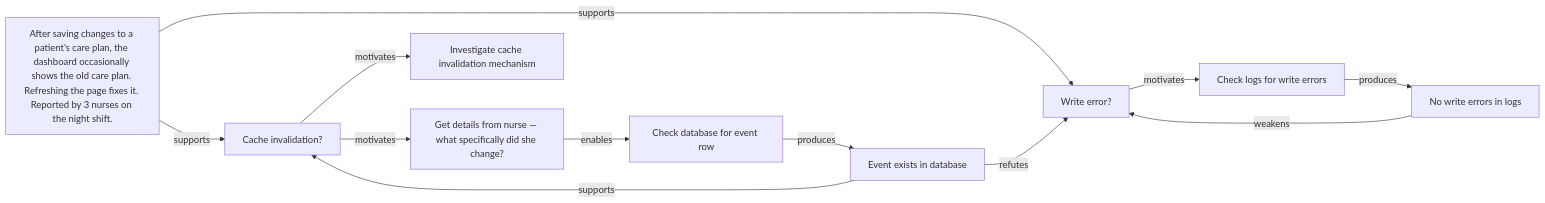
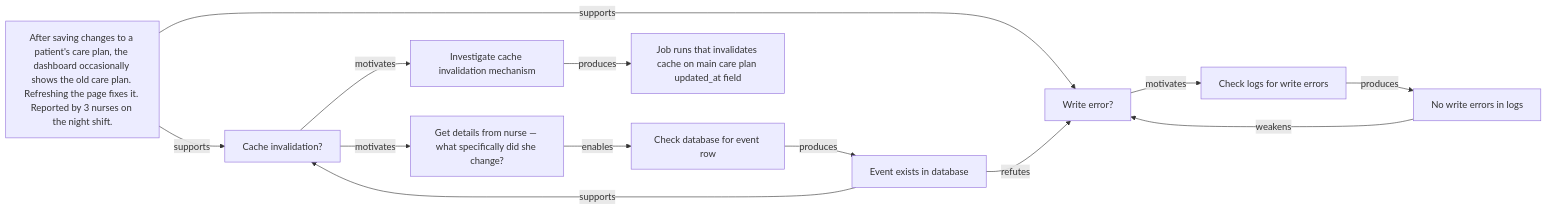
One commit to kahunacohen/why changed the diagram in diagrams/bug.mmd. Above: the diagram before and after it, drawn with Mermaid.

Commit message:
Add cache invalidation investigation and job details

```diff
--- a/diagrams/bug.mmd
+++ b/diagrams/bug.mmd
@@ -1,55 +1,57 @@
 %% Bug report: After saving changes to a patient's care plan, the dashboard occasionally shows the old care plan. Refreshing the page fixes it. Reported by 3 nurses on the night shift.
 %% Root cause: The care plan save endpoint updates a care_plan_notes table but doesn't touch the main care_plans record. The cache invalidation job checks care_plans.updated_at to decide what to evict. Since that timestamp never changes, the job skips it, and the cache keeps
 %% serving the old care plan.
 
 flowchart LR
 
 %% =====================================================
 %% Initial complaint
 %% =====================================================
 
 B1["After saving changes to a patient's care plan, the dashboard occasionally shows the old care plan. Refreshing the page fixes it. Reported by 3 nurses on the night shift."]
 
 %% =====================================================
 %% Initial hypotheses
 %% =====================================================
 
 H1["Write error?"]
 H2["Cache invalidation?"]
 
 B1 -->|supports| H1
 B1 -->|supports| H2
 
 %% =====================================================
 %% Investigating H1 — write error
 %% =====================================================
 
 A1["Check logs for write errors"]
 H1 -->|motivates| A1
 
 O1["No write errors in logs"]
 A1 -->|produces| O1
 O1 -->|weakens| H1
 
 %% =====================================================
 %% Investigating H2 — cache invalidation
 %% =====================================================
 
 A2["Get details from nurse — what specifically did she change?"]
 H2 -->|motivates| A2
 
 A3["Check database for event row"]
 A2 -->|enables| A3
 
 O2["Event exists in database"]
 A3 -->|produces| O2
 
 %% =====================================================
 %% Evidence updates hypotheses
 %% =====================================================
 
 O2 -->|refutes| H1
 O2 -->|supports| H2
 
 A4["Investigate cache invalidation mechanism"]
+O3["Job runs that invalidates cache on main care plan updated_at field"] 
 H2 --> |motivates| A4
+A4 --> |produces| O3
```
